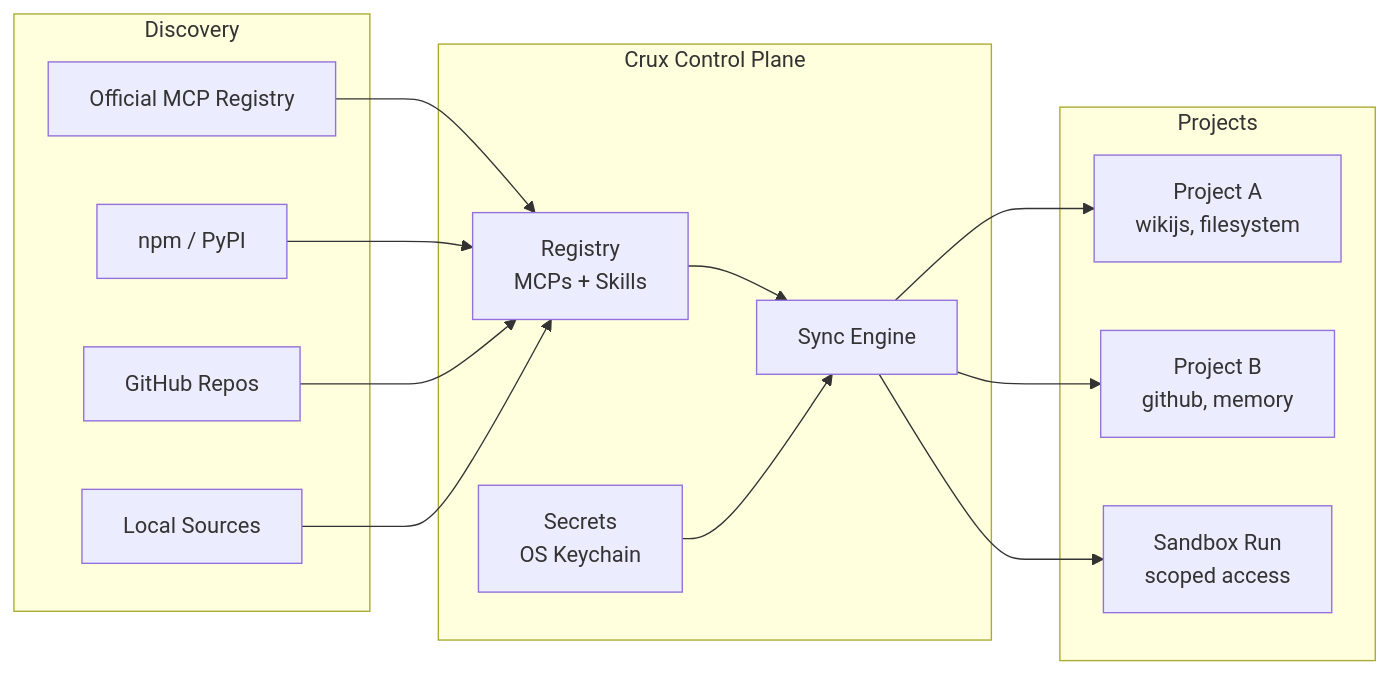
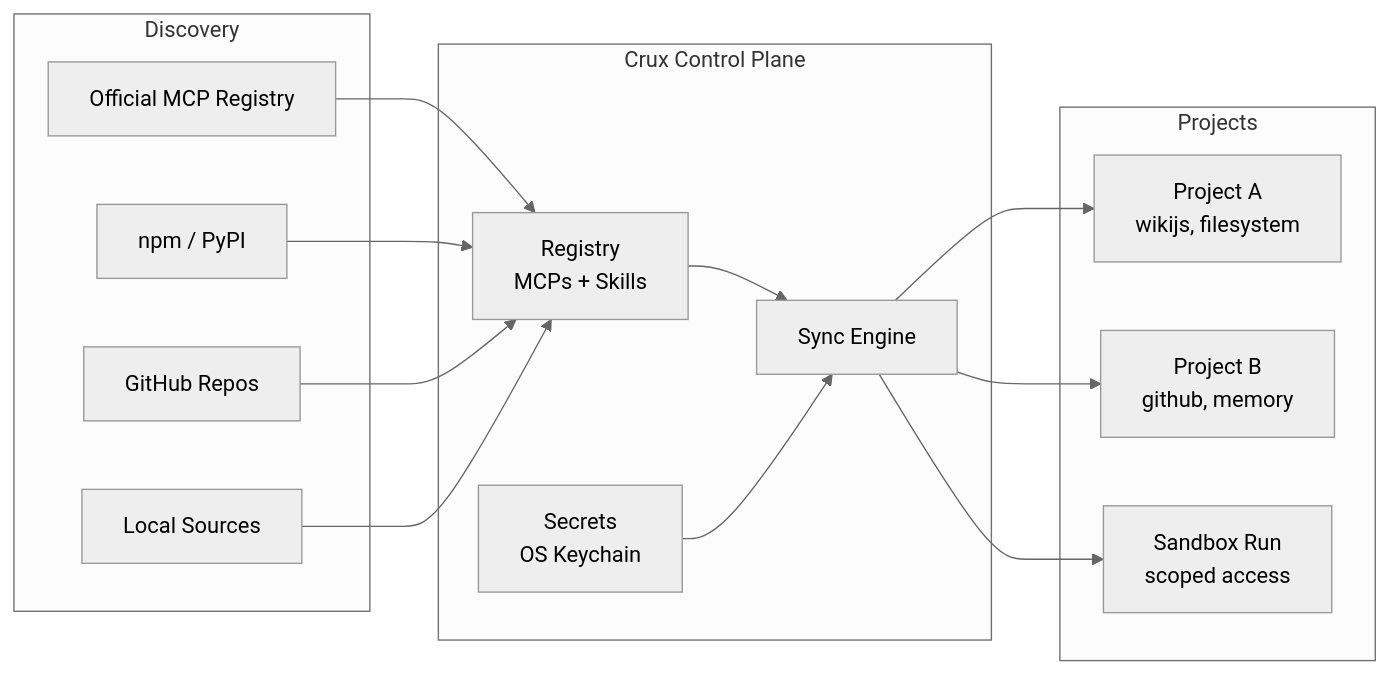
Before and after one commit to crux-cli/crux: the diagram in README.md, drawn with Mermaid. The commit also changed other lines of this file and 2 other files, not shown here.

First line of the commit message:
docs: story-driven homepage, fix mermaid dark mode (#6)

````diff
--- a/README.md
+++ b/README.md
@@ -47,31 +68,32 @@
 ```mermaid
+%%{init: {'theme': 'neutral'}}%%
 graph LR
     subgraph Discovery
         S1[Official MCP Registry]
         S2[npm / PyPI]
         S3[GitHub Repos]
         S4[Local Sources]
     end
 
     subgraph Crux[Crux Control Plane]
         REG[Registry\nMCPs + Skills]
         SEC[Secrets\nOS Keychain]
         SYN[Sync Engine]
     end
 
     subgraph Projects
         P1[Project A\nwikijs, filesystem]
         P2[Project B\ngithub, memory]
         P3[Sandbox Run\nscoped access]
     end
 
     S1 --> REG
     S2 --> REG
     S3 --> REG
     S4 --> REG
     REG --> SYN
     SEC --> SYN
     SYN --> P1
     SYN --> P2
     SYN --> P3
 ```
````
